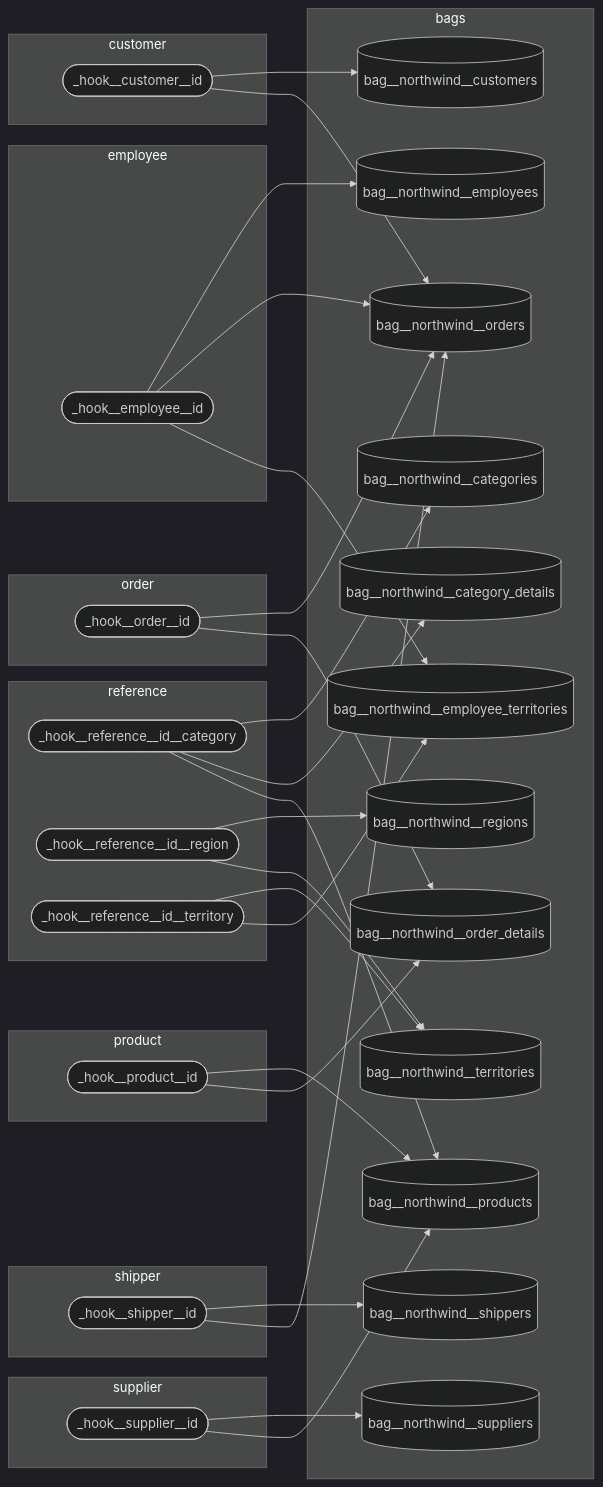
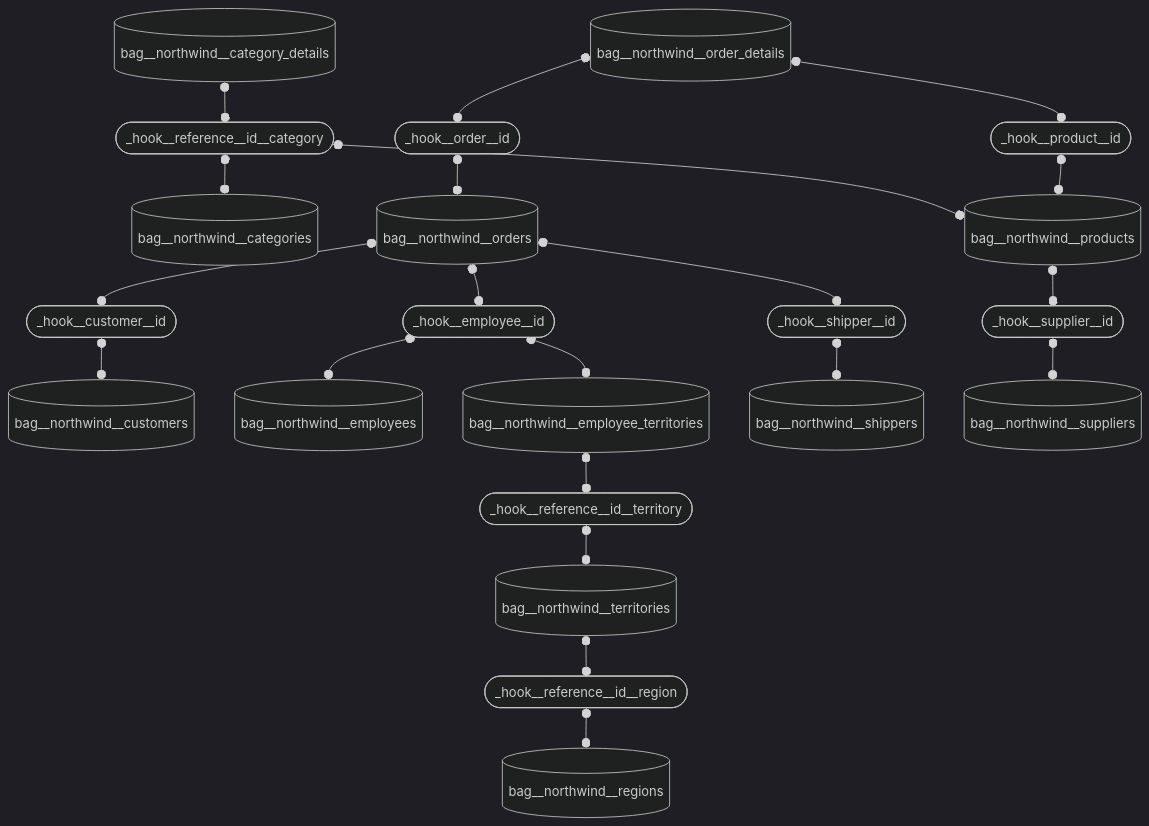
One commit to mattiasthalen/obsidian-insights changed the third of 4 diagrams in README.md. Above: the diagram before and after it, drawn with Mermaid (dark theme).

Commit message:
Update hook diagram

````diff
--- a/README.md
+++ b/README.md
@@ -78,78 +78,47 @@
 ```mermaid
-flowchart LR
+flowchart TD
 
-    subgraph reference
         _hook__reference__id__category(["_hook__reference__id__category"])
         _hook__reference__id__region(["_hook__reference__id__region"])
         _hook__reference__id__territory(["_hook__reference__id__territory"])
-    end
-    
-    subgraph customer
         _hook__customer__id(["_hook__customer__id"])
-    end
-    
-    subgraph employee
         _hook__employee__id(["_hook__employee__id"])
-    end
-
-    subgraph order
         _hook__order__id(["_hook__order__id"])
-    end
-    
-    subgraph product
         _hook__product__id(["_hook__product__id"])
-    end
-
-
-    subgraph shipper
         _hook__shipper__id(["_hook__shipper__id"])
-    end
-    
-    subgraph supplier
         _hook__supplier__id(["_hook__supplier__id"])
-    end
-
-    subgraph bags
+ 
         bag__northwind__categories[("bag__northwind__categories")]
         bag__northwind__category_details[("bag__northwind__category_details")]
         bag__northwind__customers[("bag__northwind__customers")]
         bag__northwind__employees[("bag__northwind__employees")]
         bag__northwind__employee_territories[("bag__northwind__employee_territories")]
         bag__northwind__orders[("bag__northwind__orders")]
         bag__northwind__order_details[("bag__northwind__order_details")]
         bag__northwind__products[("bag__northwind__products")]
         bag__northwind__regions[("bag__northwind__regions")]
         bag__northwind__shippers[("bag__northwind__shippers")]
         bag__northwind__suppliers[("bag__northwind__suppliers")]
         bag__northwind__territories[("bag__northwind__territories")]
-    end
 
-    _hook__reference__id__category --> bag__northwind__categories
-    _hook__reference__id__category --> bag__northwind__category_details
-    _hook__reference__id__category --> bag__northwind__products
-
-    _hook__customer__id -->  bag__northwind__customers
-    _hook__customer__id -->  bag__northwind__orders
-
-    _hook__employee__id -->  bag__northwind__employees
-    _hook__employee__id -->  bag__northwind__orders
-    _hook__employee__id -->  bag__northwind__employee_territories
-
-    _hook__order__id --> bag__northwind__orders
-    _hook__order__id --> bag__northwind__order_details
-
-    _hook__product__id --> bag__northwind__products
-    _hook__product__id --> bag__northwind__order_details
-
-    _hook__reference__id__region -->  bag__northwind__regions
-    _hook__reference__id__region --> bag__northwind__territories
-
-    _hook__shipper__id --> bag__northwind__shippers
-    _hook__shipper__id --> bag__northwind__orders
-
-    _hook__supplier__id --> bag__northwind__suppliers
-    _hook__supplier__id --> bag__northwind__products
-
-    _hook__reference__id__territory --> bag__northwind__territories
-    _hook__reference__id__territory -->  bag__northwind__employee_territories
+    _hook__reference__id__category  o--o bag__northwind__categories
+    bag__northwind__category_details  o--o _hook__reference__id__category
+    _hook__reference__id__category  o--o bag__northwind__products
+    _hook__customer__id  o--o bag__northwind__customers
+    bag__northwind__orders  o--o _hook__customer__id
+    _hook__employee__id  o--o bag__northwind__employees
+    bag__northwind__orders  o--o _hook__employee__id
+    _hook__employee__id  o--o bag__northwind__employee_territories
+    _hook__order__id  o--o bag__northwind__orders
+    bag__northwind__order_details  o--o _hook__order__id
+    _hook__product__id  o--o bag__northwind__products
+    bag__northwind__order_details  o--o _hook__product__id
+    _hook__reference__id__region  o--o bag__northwind__regions
+    bag__northwind__territories  o--o _hook__reference__id__region
+    _hook__shipper__id  o--o bag__northwind__shippers
+    bag__northwind__orders  o--o _hook__shipper__id
+    _hook__supplier__id  o--o bag__northwind__suppliers
+    bag__northwind__products  o--o _hook__supplier__id
+    _hook__reference__id__territory  o--o bag__northwind__territories
+    bag__northwind__employee_territories  o--o _hook__reference__id__territory
 ```
````
